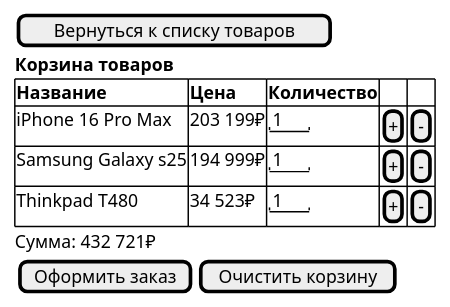
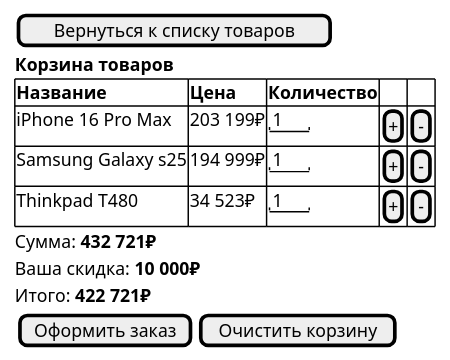
The diagram in interface/cart.puml (Efimish/university-4sem-pis-coursework), drawn with PlantUML before and after one commit. The commit also changed 5 other files, not shown here.

```diff
--- a/interface/cart.puml
+++ b/interface/cart.puml
@@ -1,16 +1,18 @@
 @startsalt Корзина товаров
 {
   [Вернуться к списку товаров]
   <b>Корзина товаров
   {#
     <b>Название        | <b>Цена  | <b>Количество | .   | .
     iPhone 16 Pro Max  | 203 199₽ | "  1"         | [+] | [-]
     Samsung Galaxy s25 | 194 999₽ | "  1"         | [+] | [-]
     Thinkpad T480      | 34 523₽  | "  1"         | [+] | [-]
   }
-  Сумма: 432 721₽
+  Сумма: <b>432 721₽
+  Ваша скидка: <b>10 000₽
+  Итого: <b>422 721₽
   {
     [Оформить заказ] | [Очистить корзину]
   }
 }
 @endsalt
```
